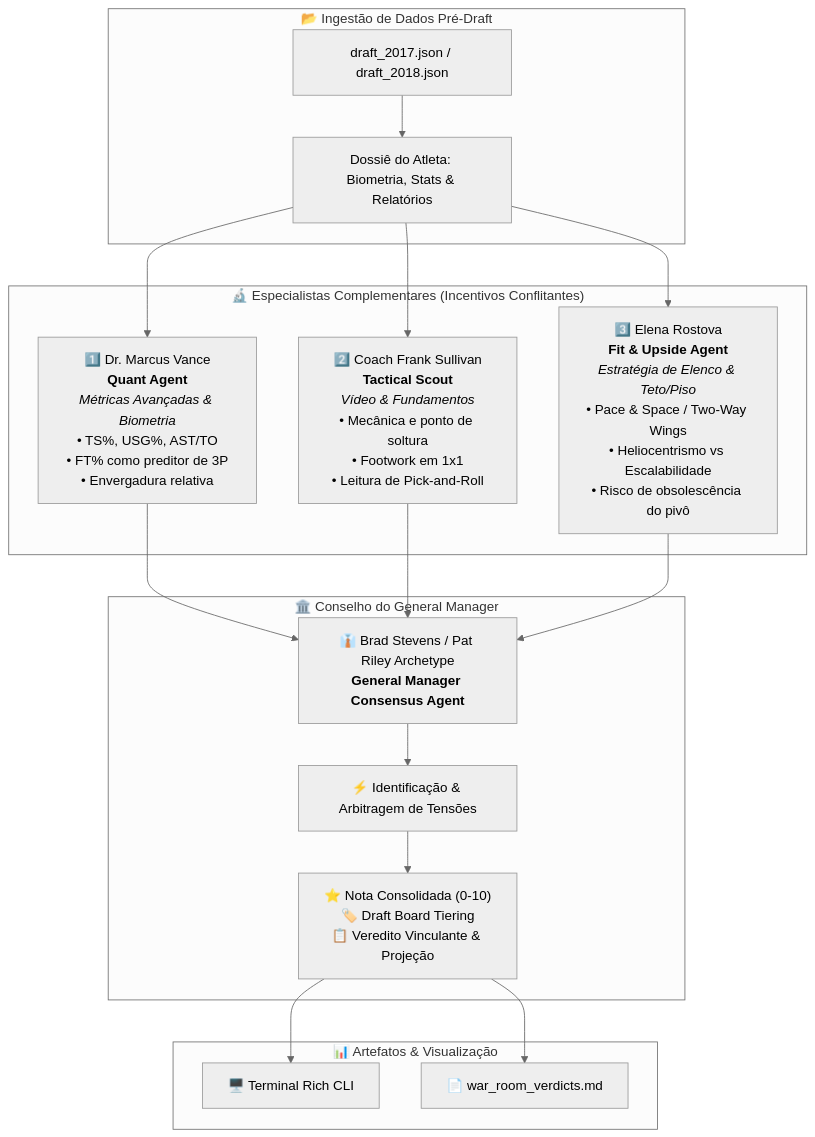
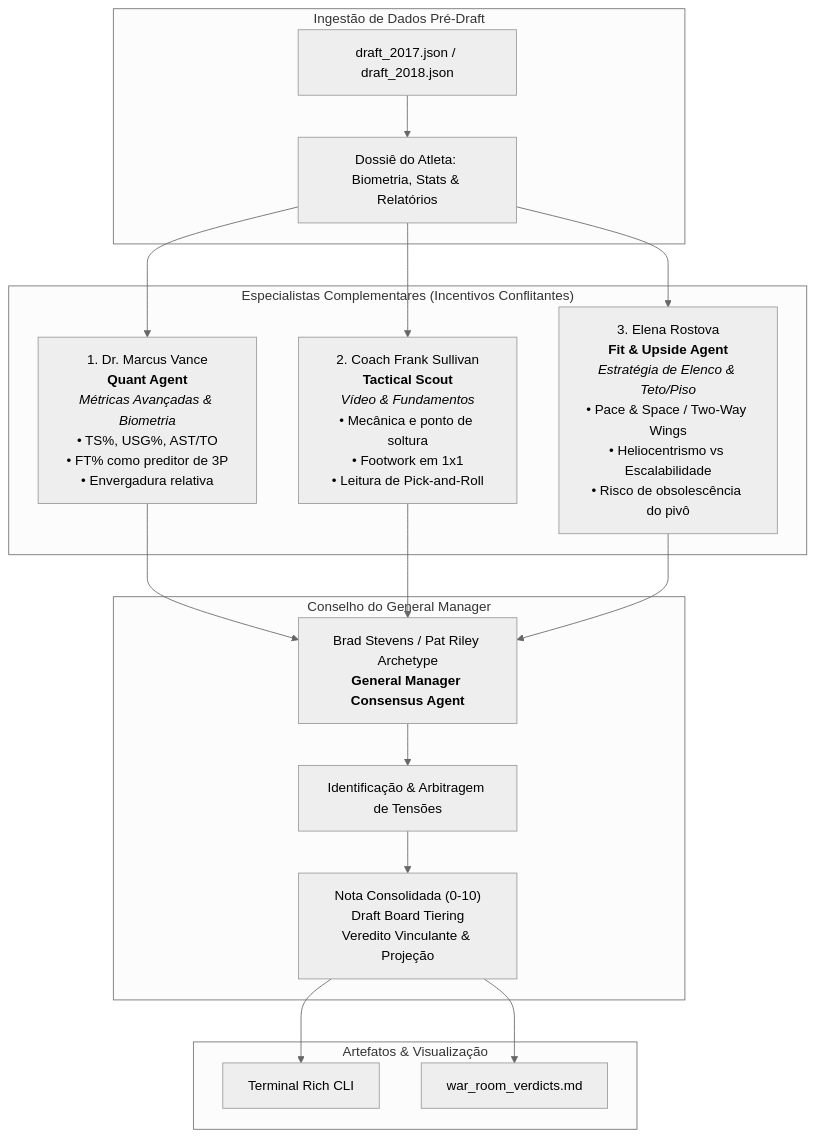
One commit to VictorFP335/NBA-DRAFT-Multiagentes- changed the diagram in README.md. Above: the diagram before and after it, drawn with Mermaid (neutral theme). The commit also changed other lines of this file and 2 other files, not shown here.

````diff
--- a/README.md
+++ b/README.md
@@ -24,26 +24,26 @@
 ```mermaid
 flowchart TD
-    subgraph DataIngestion ["📂 Ingestão de Dados Pré-Draft"]
+    subgraph DataIngestion ["Ingestão de Dados Pré-Draft"]
         D1["draft_2017.json / draft_2018.json"]
         D1 --> DP["Dossiê do Atleta: Biometria, Stats & Relatórios"]
     end
 
-    subgraph SpecialistAgents ["🔬 Especialistas Complementares (Incentivos Conflitantes)"]
-        DP --> AG1["1️⃣ Dr. Marcus Vance<br/><b>Quant Agent</b><br/><i>Métricas Avançadas & Biometria</i><br/>• TS%, USG%, AST/TO<br/>• FT% como preditor de 3P<br/>• Envergadura relativa"]
-        DP --> AG2["2️⃣ Coach Frank Sullivan<br/><b>Tactical Scout</b><br/><i>Vídeo & Fundamentos</i><br/>• Mecânica e ponto de soltura<br/>• Footwork em 1x1<br/>• Leitura de Pick-and-Roll"]
-        DP --> AG3["3️⃣ Elena Rostova<br/><b>Fit & Upside Agent</b><br/><i>Estratégia de Elenco & Teto/Piso</i><br/>• Pace & Space / Two-Way Wings<br/>• Heliocentrismo vs Escalabilidade<br/>• Risco de obsolescência do pivô"]
+    subgraph SpecialistAgents ["Especialistas Complementares (Incentivos Conflitantes)"]
+        DP --> AG1["1. Dr. Marcus Vance<br/><b>Quant Agent</b><br/><i>Métricas Avançadas & Biometria</i><br/>• TS%, USG%, AST/TO<br/>• FT% como preditor de 3P<br/>• Envergadura relativa"]
+        DP --> AG2["2. Coach Frank Sullivan<br/><b>Tactical Scout</b><br/><i>Vídeo & Fundamentos</i><br/>• Mecânica e ponto de soltura<br/>• Footwork em 1x1<br/>• Leitura de Pick-and-Roll"]
+        DP --> AG3["3. Elena Rostova<br/><b>Fit & Upside Agent</b><br/><i>Estratégia de Elenco & Teto/Piso</i><br/>• Pace & Space / Two-Way Wings<br/>• Heliocentrismo vs Escalabilidade<br/>• Risco de obsolescência do pivô"]
     end
 
-    subgraph DeliberationConsensus ["🏛️ Conselho do General Manager"]
-        AG1 --> GM["👔 Brad Stevens / Pat Riley Archetype<br/><b>General Manager Consensus Agent</b>"]
+    subgraph DeliberationConsensus ["Conselho do General Manager"]
+        AG1 --> GM["Brad Stevens / Pat Riley Archetype<br/><b>General Manager Consensus Agent</b>"]
         AG2 --> GM
         AG3 --> GM
-        GM --> Tension["⚡ Identificação & Arbitragem de Tensões"]
-        Tension --> Board["⭐ Nota Consolidada (0-10)<br/>🏷️ Draft Board Tiering<br/>📋 Veredito Vinculante & Projeção"]
+        GM --> Tension["Identificação & Arbitragem de Tensões"]
+        Tension --> Board["Nota Consolidada (0-10)<br/>Draft Board Tiering<br/>Veredito Vinculante & Projeção"]
     end
 
-    subgraph Outputs ["📊 Artefatos & Visualização"]
-        Board --> Term["🖥️ Terminal Rich CLI"]
-        Board --> MD["📄 war_room_verdicts.md"]
+    subgraph Outputs ["Artefatos & Visualização"]
+        Board --> Term["Terminal Rich CLI"]
+        Board --> MD["war_room_verdicts.md"]
     end
 ```
````
